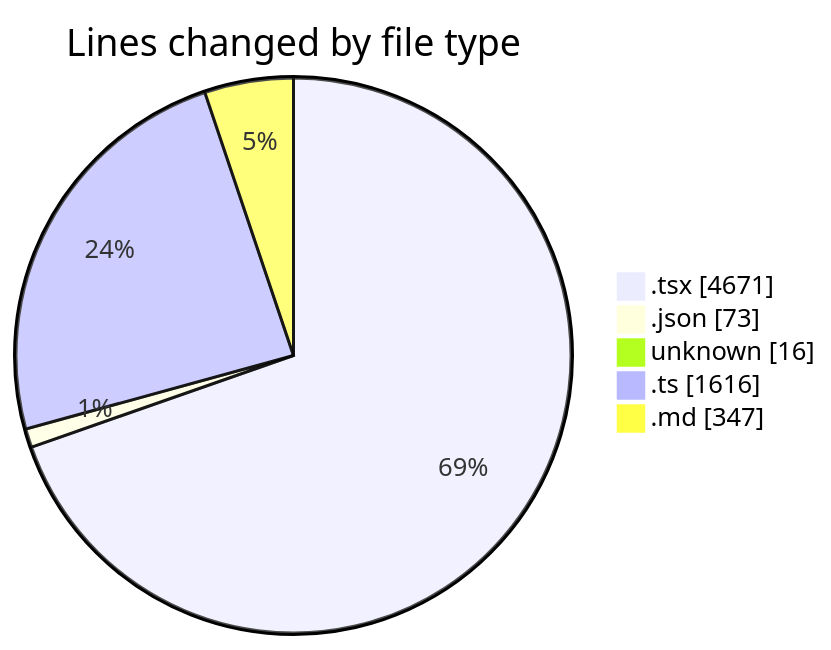
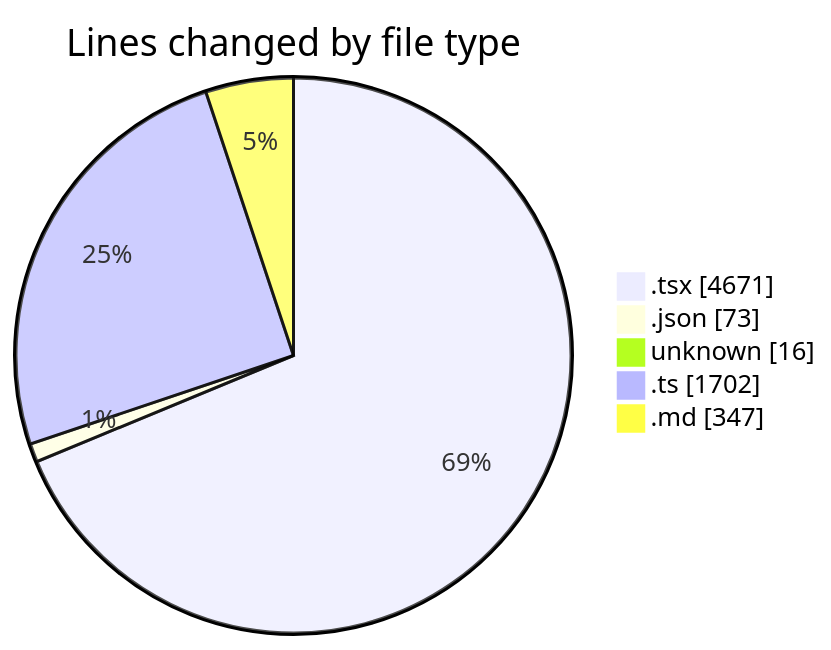
Before and after one commit to ernivani/code-tracking: the first of 2 diagrams in 2025-01-03/tinycms/README.md, drawn with Mermaid. The commit also changed other lines of this file and 3 other files, not shown here.

````diff
--- a/2025-01-03/tinycms/README.md
+++ b/2025-01-03/tinycms/README.md
@@ -50,9 +50,9 @@
 ```mermaid
 pie showData
 title Lines changed by file type
 ".tsx" : 4671
 ".json" : 73
 "unknown" : 16
-".ts" : 1616
+".ts" : 1702
 ".md" : 347
 ```
````
